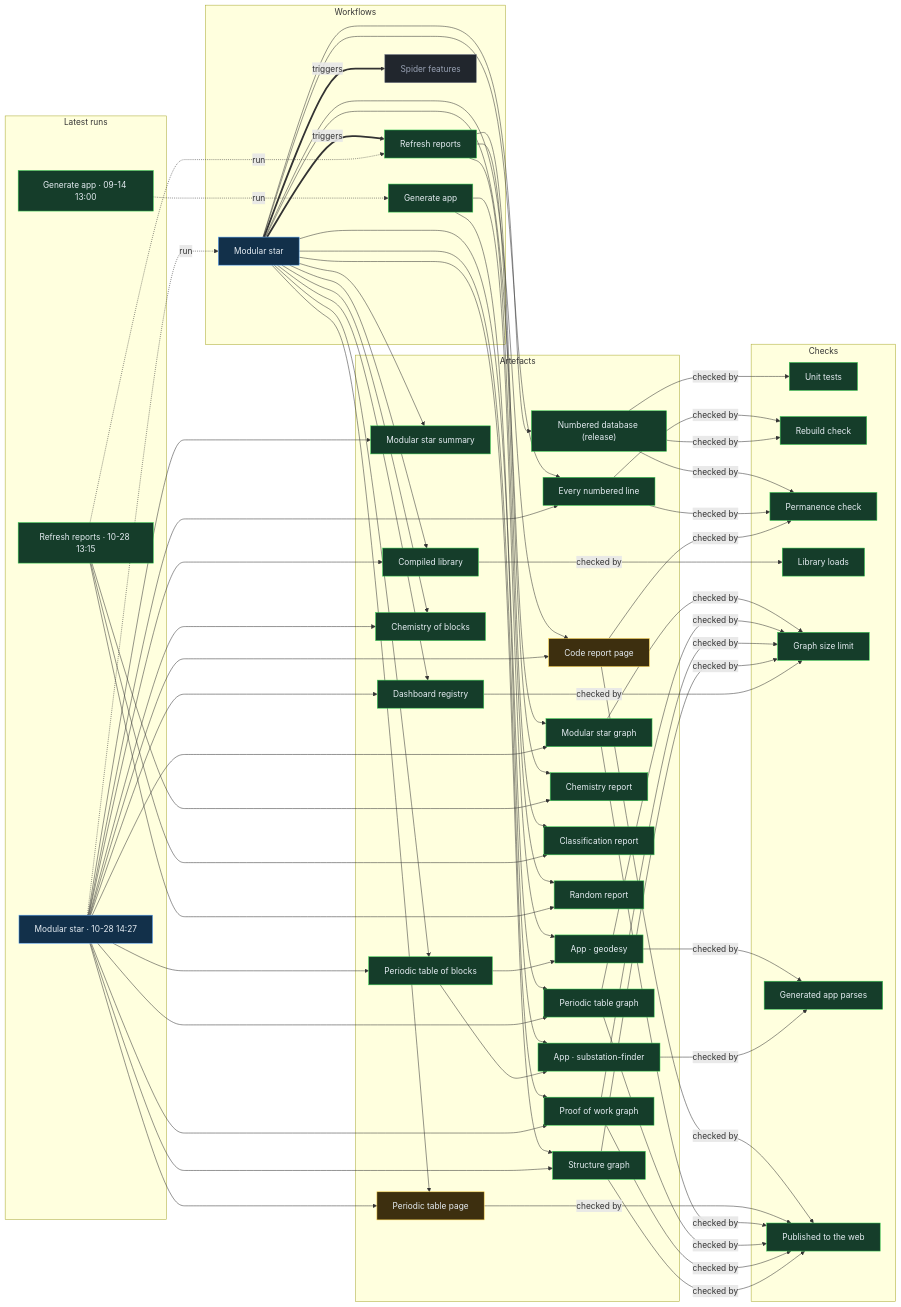
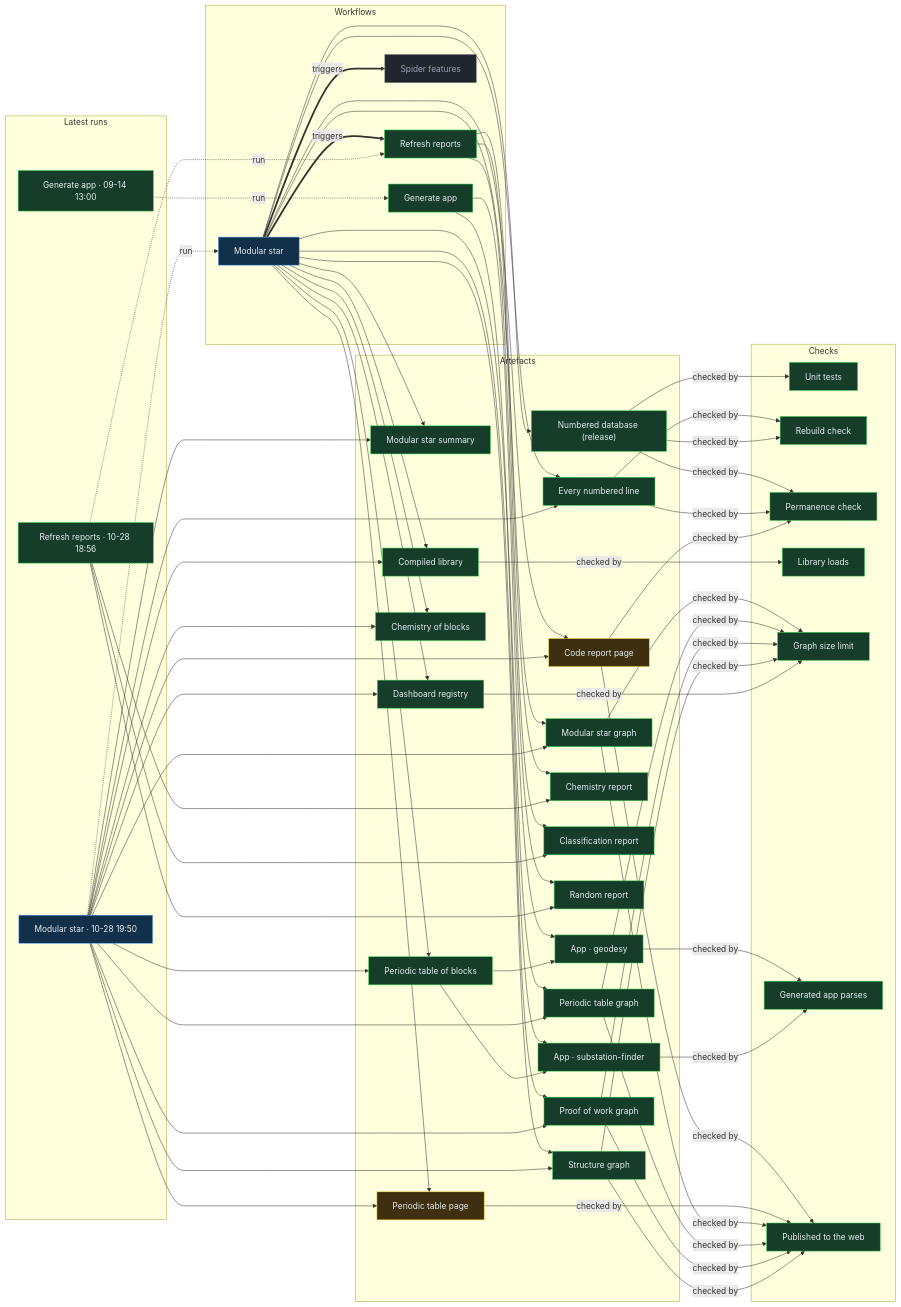
One commit to Ventusltd/stars changed the diagram in proof/PROOF.md. Above: the diagram before and after it, drawn with Mermaid. The commit also changed other lines of this file and 132 other files, not shown here.

Commit message:
Modular star 2026-10-28T19:54Z

```diff
--- a/proof/PROOF.md
+++ b/proof/PROOF.md
@@ -24,8 +24,8 @@
   n_wf_spider_features["Spider features"]:::off
   end
   subgraph g_runs["Latest runs"]
-  n_run_40706056801["Modular star · 10-28 14:27"]:::live
-  n_run_40694820688["Refresh reports · 10-28 13:15"]:::ok
+  n_run_40757916978["Modular star · 10-28 19:50"]:::live
+  n_run_40749795827["Refresh reports · 10-28 18:56"]:::ok
   n_run_34846587798["Generate app · 09-14 13:00"]:::ok
   end
   subgraph g_artefacts["Artefacts"]
@@ -59,39 +59,39 @@
   end
   n_wf_modular_star == triggers ==> n_wf_refresh
   n_wf_modular_star == triggers ==> n_wf_spider_features
-  n_run_40706056801 -. run .-> n_wf_modular_star
-  n_run_40694820688 -. run .-> n_wf_refresh
+  n_run_40757916978 -. run .-> n_wf_modular_star
+  n_run_40749795827 -. run .-> n_wf_refresh
   n_run_34846587798 -. run .-> n_wf_generate
   n_wf_modular_star --> n_art_summary
-  n_run_40706056801 --> n_art_summary
+  n_run_40757916978 --> n_art_summary
   n_wf_modular_star --> n_art_lines
-  n_run_40706056801 --> n_art_lines
+  n_run_40757916978 --> n_art_lines
   n_wf_modular_star --> n_art_code
-  n_run_40706056801 --> n_art_code
+  n_run_40757916978 --> n_art_code
   n_wf_modular_star --> n_art_modular_graph
-  n_run_40706056801 --> n_art_modular_graph
+  n_run_40757916978 --> n_art_modular_graph
   n_wf_modular_star --> n_art_blocks
-  n_run_40706056801 --> n_art_blocks
+  n_run_40757916978 --> n_art_blocks
   n_wf_modular_star --> n_art_table
-  n_run_40706056801 --> n_art_table
+  n_run_40757916978 --> n_art_table
   n_wf_modular_star --> n_art_blocks_graph
-  n_run_40706056801 --> n_art_blocks_graph
+  n_run_40757916978 --> n_art_blocks_graph
   n_wf_modular_star --> n_art_reactions
-  n_run_40706056801 --> n_art_reactions
+  n_run_40757916978 --> n_art_reactions
   n_wf_modular_star --> n_art_library
-  n_run_40706056801 --> n_art_library
+  n_run_40757916978 --> n_art_library
   n_wf_modular_star --> n_art_features
-  n_run_40706056801 --> n_art_features
+  n_run_40757916978 --> n_art_features
   n_wf_modular_star --> n_art_proof
-  n_run_40706056801 --> n_art_proof
+  n_run_40757916978 --> n_art_proof
   n_wf_modular_star --> n_art_structure
-  n_run_40706056801 --> n_art_structure
+  n_run_40757916978 --> n_art_structure
   n_wf_refresh --> n_art_chemistry
-  n_run_40694820688 --> n_art_chemistry
+  n_run_40749795827 --> n_art_chemistry
   n_wf_refresh --> n_art_vedic
-  n_run_40694820688 --> n_art_vedic
+  n_run_40749795827 --> n_art_vedic
   n_wf_refresh --> n_art_random
-  n_run_40694820688 --> n_art_random
+  n_run_40749795827 --> n_art_random
   n_wf_modular_star --> n_art_release
   n_wf_generate --> n_app_geodesy
   n_art_blocks --> n_app_geodesy
```
